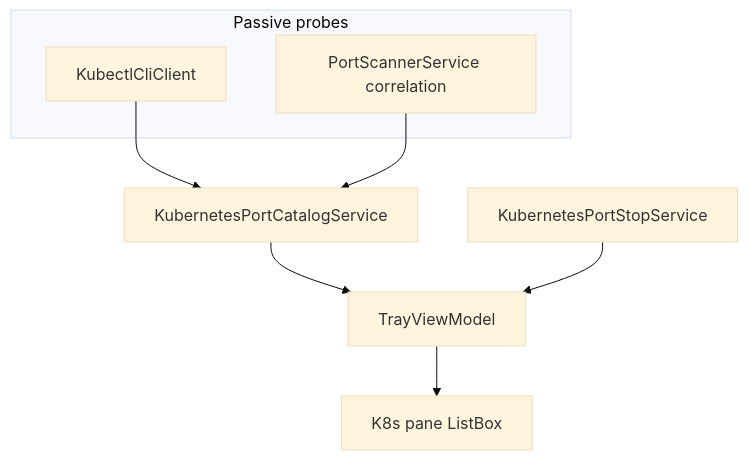
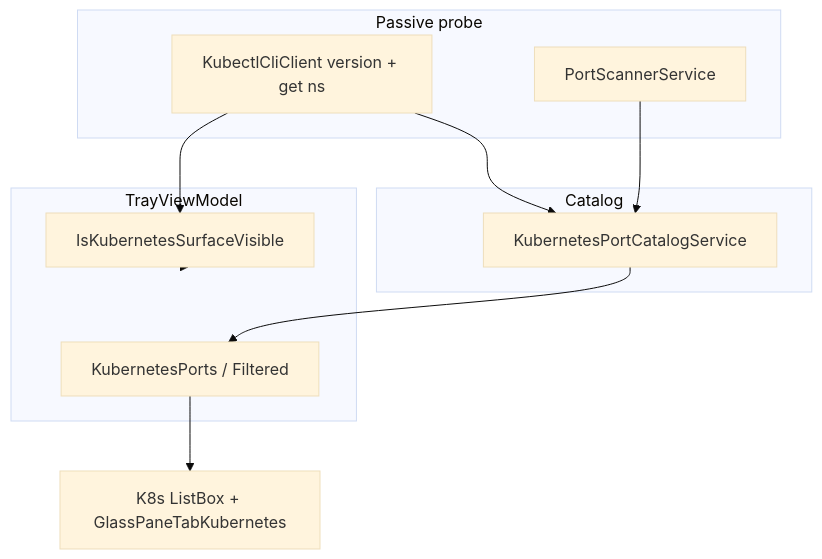
The first of 2 diagrams in docs/implementation-records/260601_phase2-k8s-ports.md (c47-dev/port), drawn with Mermaid (base theme) before and after one commit. The commit also changed other lines of this file and 3 other files, not shown here.

````diff
--- a/docs/implementation-records/260601_phase2-k8s-ports.md
+++ b/docs/implementation-records/260601_phase2-k8s-ports.md
@@ -56,12 +99,20 @@
 ```mermaid
 flowchart TB
-  subgraph passive [Passive probes]
-    Kubectl[KubectlCliClient]
-    Listen[PortScannerService correlation]
+  subgraph probe [Passive probe]
+    KC[KubectlCliClient version + get ns]
+    PS[PortScannerService]
   end
-  Cat[KubernetesPortCatalogService] --> VM[TrayViewModel]
-  Kubectl --> Cat
-  Listen --> Cat
-  VM --> Tab[K8s pane ListBox]
-  Kill[KubernetesPortStopService] --> VM
+  subgraph catalog [Catalog]
+    KPC[KubernetesPortCatalogService]
+  end
+  subgraph vm [TrayViewModel]
+    Gate[IsKubernetesSurfaceVisible]
+    Coll[KubernetesPorts / Filtered]
+  end
+  KC --> Gate
+  KC --> KPC
+  PS --> KPC
+  Gate --> vm
+  KPC --> Coll
+  Coll --> UI[K8s ListBox + GlassPaneTabKubernetes]
 ```
````
